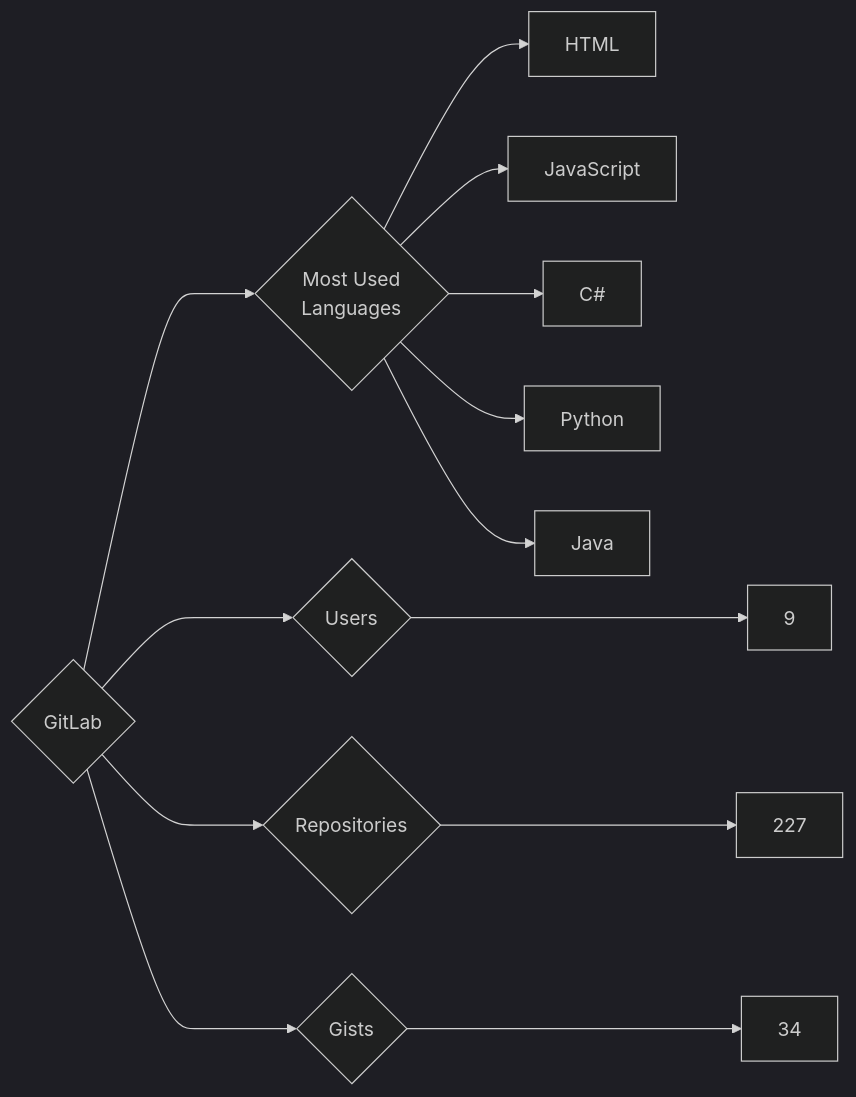
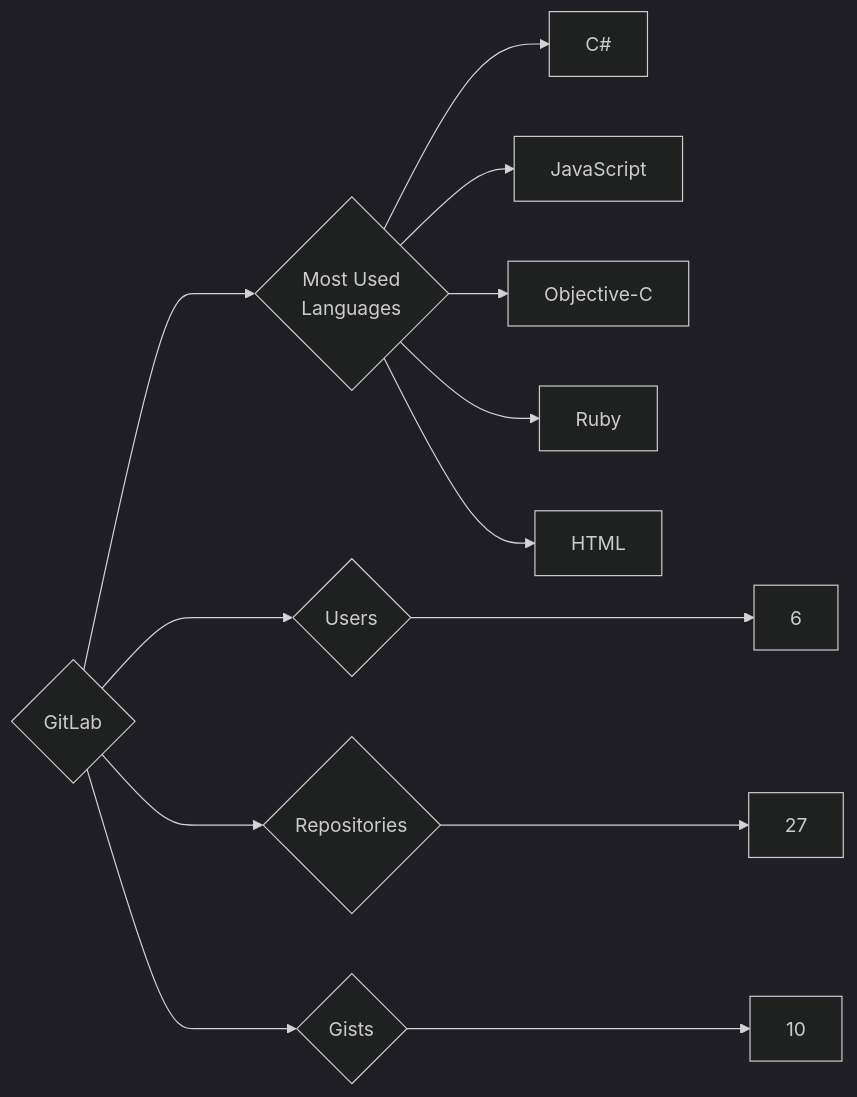
One commit to trickest/insiders changed the diagram in targets/GitLab/README.md. Above: the diagram before and after it, drawn with Mermaid (dark theme). The commit also changed 1195 other files, not shown here.

````diff
--- a/targets/GitLab/README.md
+++ b/targets/GitLab/README.md
@@ -3,13 +3,13 @@
 ```mermaid
 graph LR
 COMPANY_NAME{GitLab}
-COMPANY_NAME ---> U{Users} ---> UN[9]
-COMPANY_NAME ---> R{Repositories} ---> RN[227]
-COMPANY_NAME ---> G{Gists} ---> GN[34]
+COMPANY_NAME ---> U{Users} ---> UN[6]
+COMPANY_NAME ---> R{Repositories} ---> RN[27]
+COMPANY_NAME ---> G{Gists} ---> GN[10]
 COMPANY_NAME ---> ML{Most Used<br>Languages}
+ML --> C#[C#]
+ML --> JavaScript[JavaScript]
+ML --> Objective-C[Objective-C]
+ML --> Ruby[Ruby]
 ML --> HTML[HTML]
-ML --> JavaScript[JavaScript]
-ML --> C#[C#]
-ML --> Python[Python]
-ML --> Java[Java]
 ```
````
